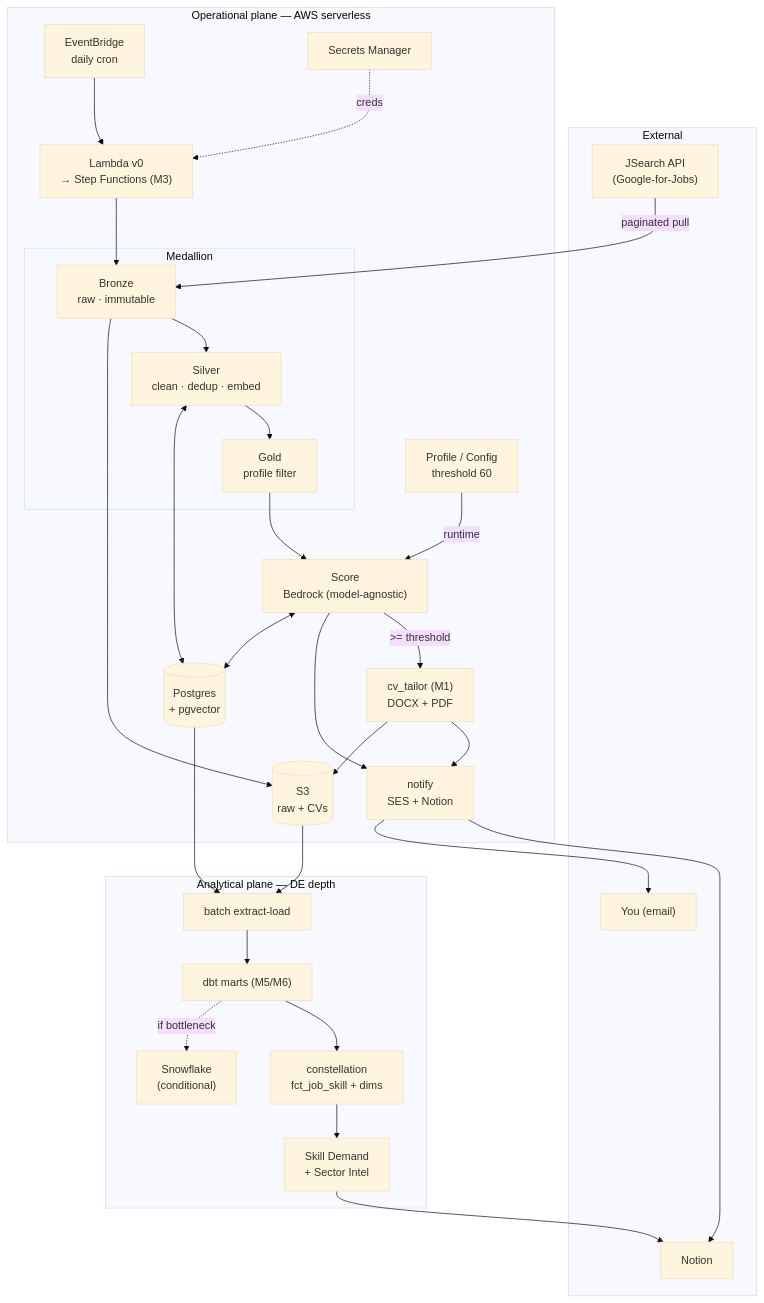
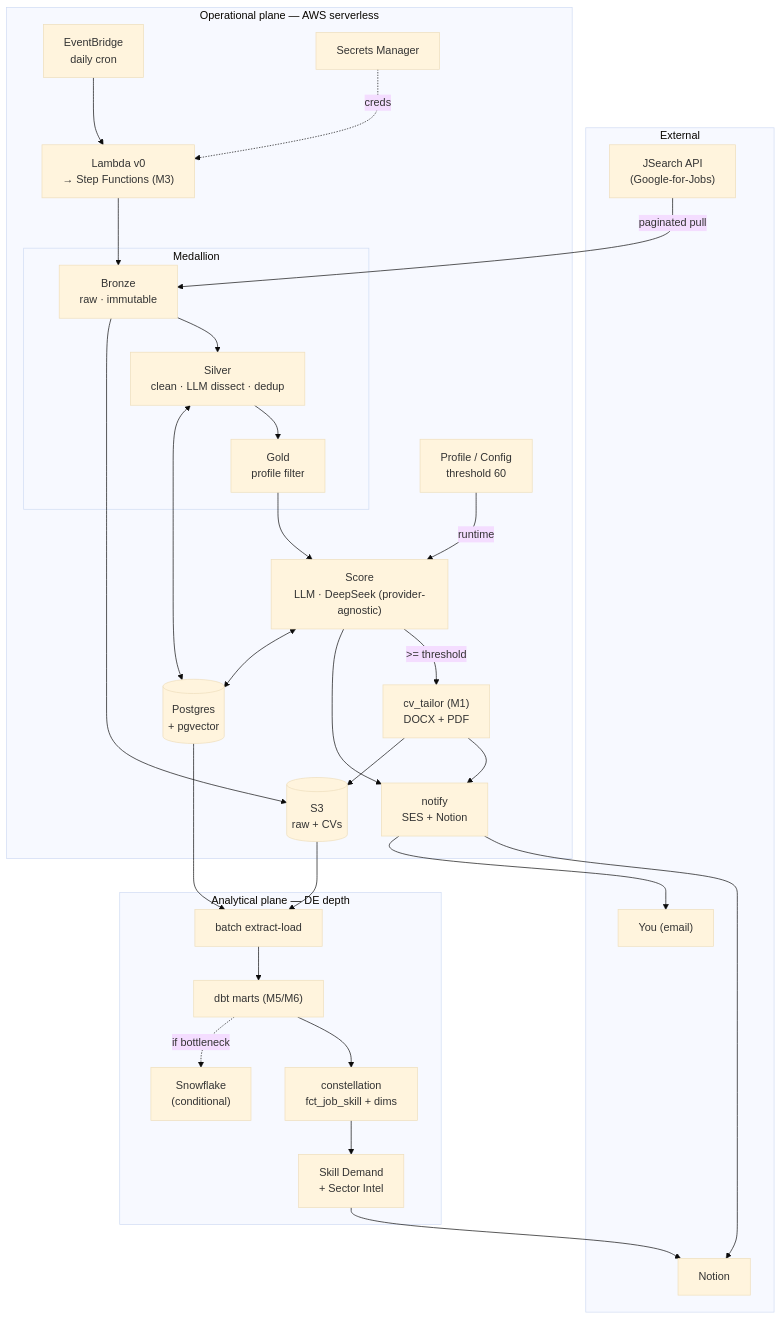
Before and after one commit to tarigelamin1997/jobfetcher: the first of 5 diagrams in docs/diagrams.md, drawn with Mermaid (base theme). The commit also changed other lines of this file, not shown here.

First line of the commit message:
docs(diagrams): sync repo + Eraser diagrams to DeepSeek + LLM-dissection-at-silver

````diff
--- a/docs/diagrams.md
+++ b/docs/diagrams.md
@@ -13,46 +13,46 @@
 ```mermaid
 flowchart TB
   subgraph EXT["External"]
     JS["JSearch API<br/>(Google-for-Jobs)"]
     NO["Notion"]
     US["You (email)"]
   end
 
   subgraph OP["Operational plane — AWS serverless"]
     EB["EventBridge<br/>daily cron"] --> ORC["Lambda v0<br/>→ Step Functions (M3)"]
     subgraph MED["Medallion"]
       BR["Bronze<br/>raw · immutable"]
-      SI["Silver<br/>clean · dedup · embed"]
+      SI["Silver<br/>clean · LLM dissect · dedup"]
       GO["Gold<br/>profile filter"]
     end
-    ORC --> BR --> SI --> GO --> SC["Score<br/>Bedrock (model-agnostic)"]
+    ORC --> BR --> SI --> GO --> SC["Score<br/>LLM · DeepSeek (provider-agnostic)"]
     SC -->|">= threshold"| CV["cv_tailor (M1)<br/>DOCX + PDF"]
     SC --> NT["notify<br/>SES + Notion"]
     CV --> NT
     PG[("Postgres<br/>+ pgvector")]
     S3[("S3<br/>raw + CVs")]
     SM["Secrets Manager"]
     CF["Profile / Config<br/>threshold 60"]
   end
 
   subgraph AN["Analytical plane — DE depth"]
     EL["batch extract-load"] --> DBT["dbt marts (M5/M6)"]
     DBT --> MA["constellation<br/>fct_job_skill + dims"]
     MA --> IN["Skill Demand<br/>+ Sector Intel"]
     SNF["Snowflake<br/>(conditional)"]
   end
 
   JS -->|paginated pull| BR
   SI <--> PG
   SC <--> PG
   CF -->|runtime| SC
   SM -.->|creds| ORC
   BR --> S3
   CV --> S3
   NT --> NO
   NT --> US
   PG --> EL
   S3 --> EL
   IN --> NO
   DBT -.->|if bottleneck| SNF
 ```
````
